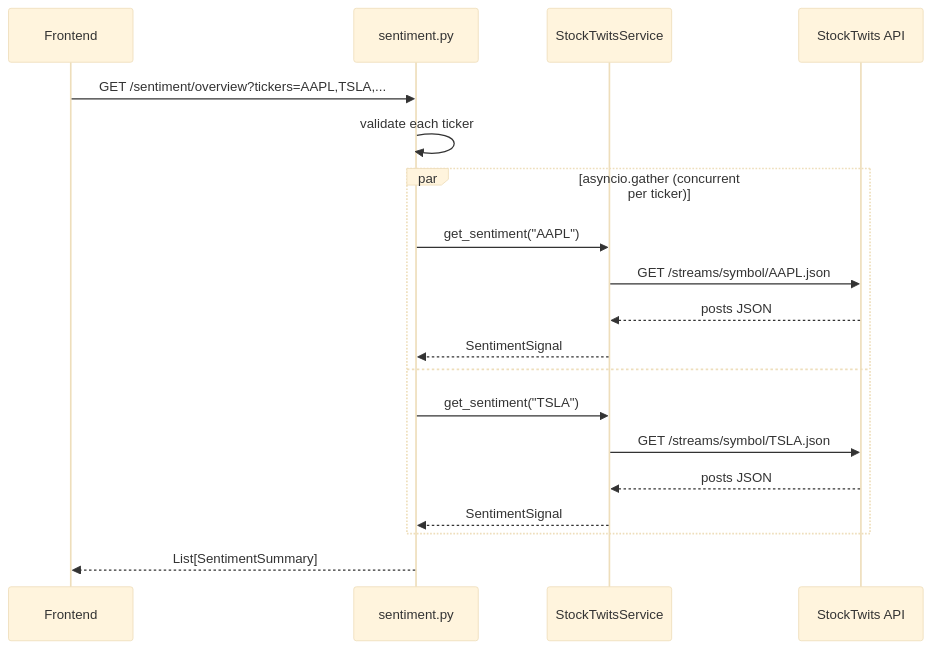
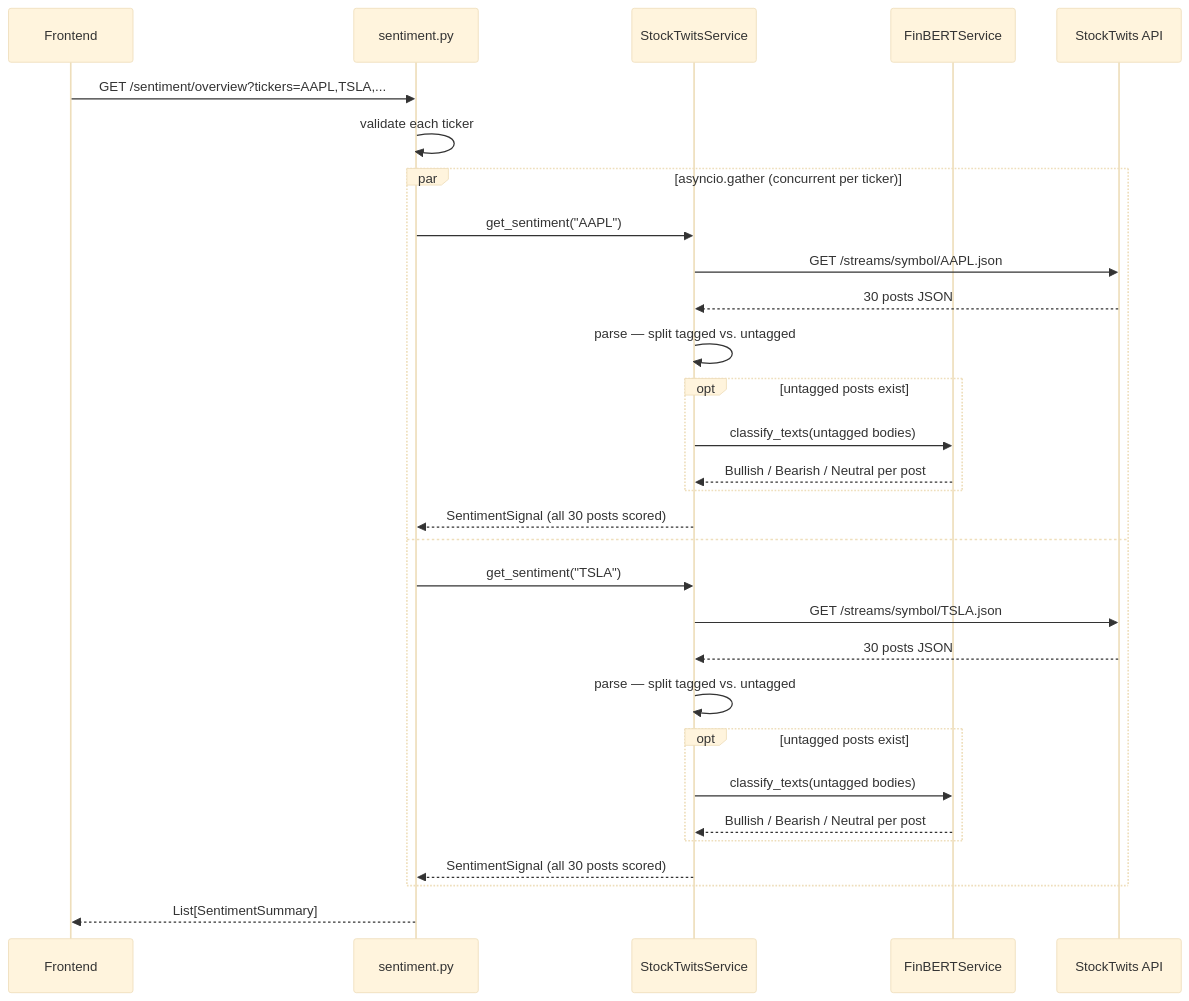
One commit to Joachim-Chuah/senior_project changed the seventh of 9 diagrams in architecture.md. Above: the diagram before and after it, drawn with Mermaid (base theme). The commit also changed other lines of this file and 6 other files, not shown here.

First line of the commit message:
Add FinBERT text classification as fallback for untagged StockTwits posts

````diff
--- a/architecture.md
+++ b/architecture.md
@@ -253,24 +266,35 @@
 ```mermaid
 sequenceDiagram
     participant FE as Frontend
     participant R as sentiment.py
     participant ST as StockTwitsService
+    participant FB as FinBERTService
     participant EXT as StockTwits API
 
     FE->>R: GET /sentiment/overview?tickers=AAPL,TSLA,...
     R->>R: validate each ticker
 
     par asyncio.gather (concurrent per ticker)
         R->>ST: get_sentiment("AAPL")
         ST->>EXT: GET /streams/symbol/AAPL.json
-        EXT-->>ST: posts JSON
-        ST-->>R: SentimentSignal
+        EXT-->>ST: 30 posts JSON
+        ST->>ST: parse — split tagged vs. untagged
+        opt untagged posts exist
+            ST->>FB: classify_texts(untagged bodies)
+            FB-->>ST: Bullish / Bearish / Neutral per post
+        end
+        ST-->>R: SentimentSignal (all 30 posts scored)
     and
         R->>ST: get_sentiment("TSLA")
         ST->>EXT: GET /streams/symbol/TSLA.json
-        EXT-->>ST: posts JSON
-        ST-->>R: SentimentSignal
+        EXT-->>ST: 30 posts JSON
+        ST->>ST: parse — split tagged vs. untagged
+        opt untagged posts exist
+            ST->>FB: classify_texts(untagged bodies)
+            FB-->>ST: Bullish / Bearish / Neutral per post
+        end
+        ST-->>R: SentimentSignal (all 30 posts scored)
     end
 
     R-->>FE: List[SentimentSummary]
 ```
````
